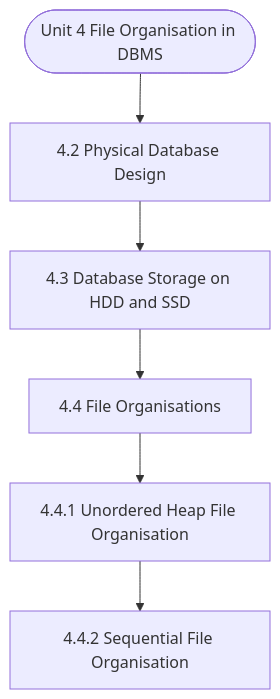
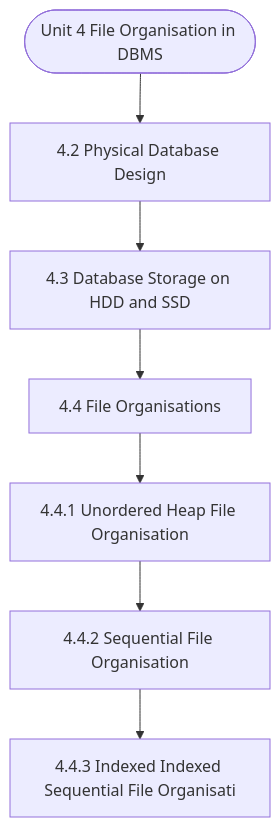
Before and after one commit to Asutosh-Coaching/mscdsa: the diagram in notes/Semester_1/MCS-207_Database_Management_Systems/unit_04_File_Organisation_in_DBMS.md, drawn with Mermaid. The commit also changed other lines of this file and 116 other files, not shown here.

````diff
--- a/notes/Semester_1/MCS-207_Database_Management_Systems/unit_04_File_Organisation_in_DBMS.md
+++ b/notes/Semester_1/MCS-207_Database_Management_Systems/unit_04_File_Organisation_in_DBMS.md
@@ -19,14 +19,16 @@
 ```mermaid
 flowchart TD
   Start(["Unit 4 File Organisation in DBMS"])
   N1["4.2 Physical Database Design"]
   N2["4.3 Database Storage on HDD and SSD"]
   N3["4.4 File Organisations"]
   N4["4.4.1 Unordered Heap File Organisation"]
   N5["4.4.2 Sequential File Organisation"]
+  N6["4.4.3 Indexed Indexed Sequential File Organisati"]
   Start --> N1
   N1 --> N2
   N2 --> N3
   N3 --> N4
   N4 --> N5
+  N5 --> N6
 ```
````
